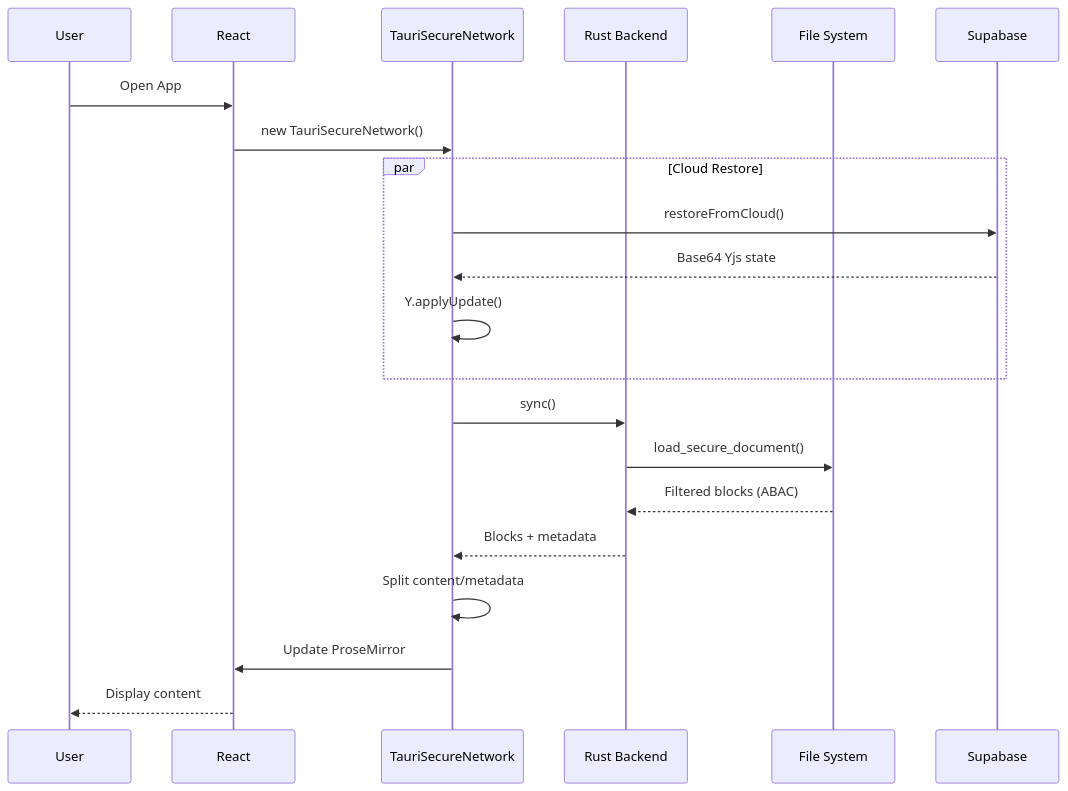
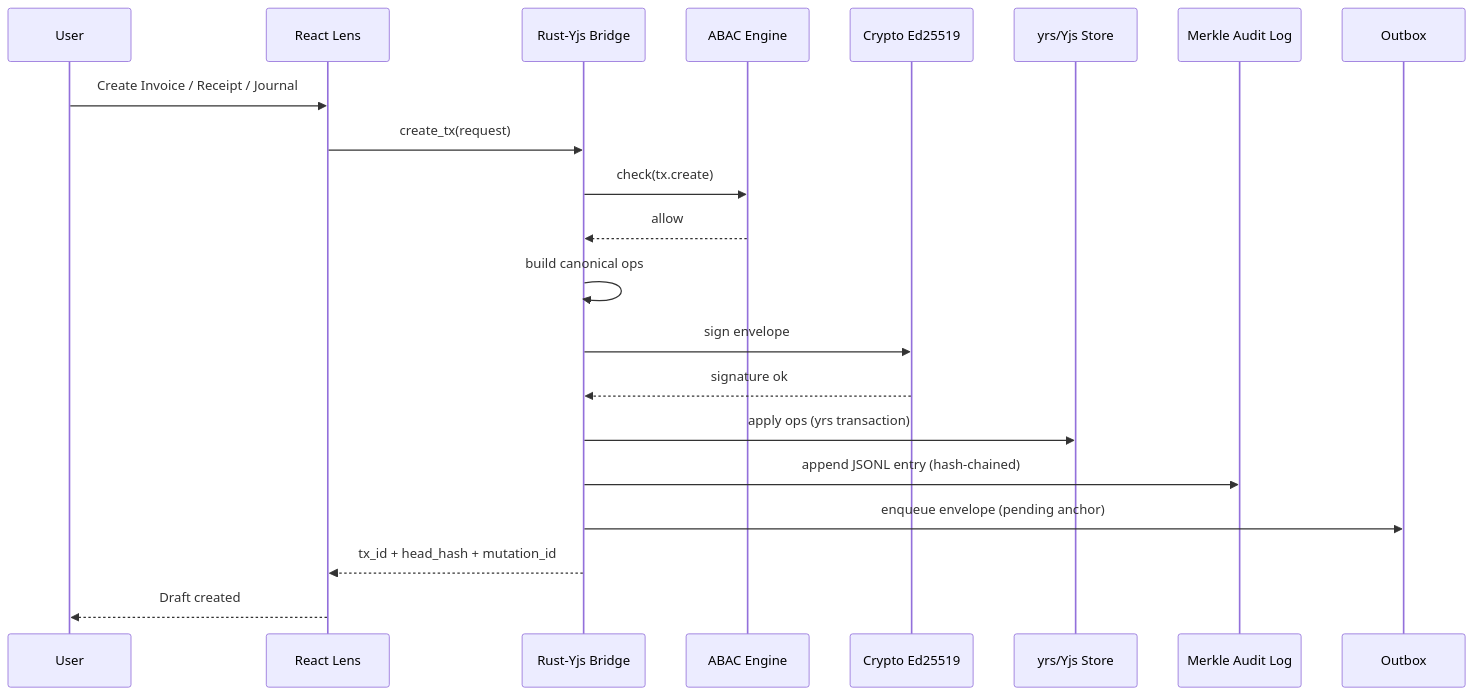
The second of 5 diagrams in ARCHITECTURE.md (kirk-dot-com/corngr), drawn with Mermaid before and after one commit. The commit also changed other lines of this file and 3 other files, not shown here.

````diff
--- a/ARCHITECTURE.md
+++ b/ARCHITECTURE.md
@@ -104,26 +148,24 @@
 ```mermaid
 sequenceDiagram
     participant User
-    participant React
-    participant TauriNet as TauriSecureNetwork
-    participant Rust as Rust Backend
-    participant FS as File System
-    participant Cloud as Supabase
-    
-    User->>React: Open App
-    React->>TauriNet: new TauriSecureNetwork()
-    
-    par Cloud Restore
-        TauriNet->>Cloud: restoreFromCloud()
-        Cloud-->>TauriNet: Base64 Yjs state
-        TauriNet->>TauriNet: Y.applyUpdate()
-    end
-    
-    TauriNet->>Rust: sync()
-    Rust->>FS: load_secure_document()
-    FS-->>Rust: Filtered blocks (ABAC)
-    Rust-->>TauriNet: Blocks + metadata
-    TauriNet->>TauriNet: Split content/metadata
-    TauriNet->>React: Update ProseMirror
-    React-->>User: Display content
+    participant React as React Lens
+    participant Bridge as Rust-Yjs Bridge
+    participant ABAC as ABAC Engine
+    participant Crypto as Crypto Ed25519
+    participant CRDT as yrs/Yjs Store
+    participant Audit as Merkle Audit Log
+    participant Outbox as Outbox
+
+    User->>React: Create Invoice / Receipt / Journal
+    React->>Bridge: create_tx(request)
+    Bridge->>ABAC: check(tx.create)
+    ABAC-->>Bridge: allow
+    Bridge->>Bridge: build canonical ops
+    Bridge->>Crypto: sign envelope
+    Crypto-->>Bridge: signature ok
+    Bridge->>CRDT: apply ops (yrs transaction)
+    Bridge->>Audit: append JSONL entry (hash-chained)
+    Bridge->>Outbox: enqueue envelope (pending anchor)
+    Bridge-->>React: tx_id + head_hash + mutation_id
+    React-->>User: Draft created
 ```
````
